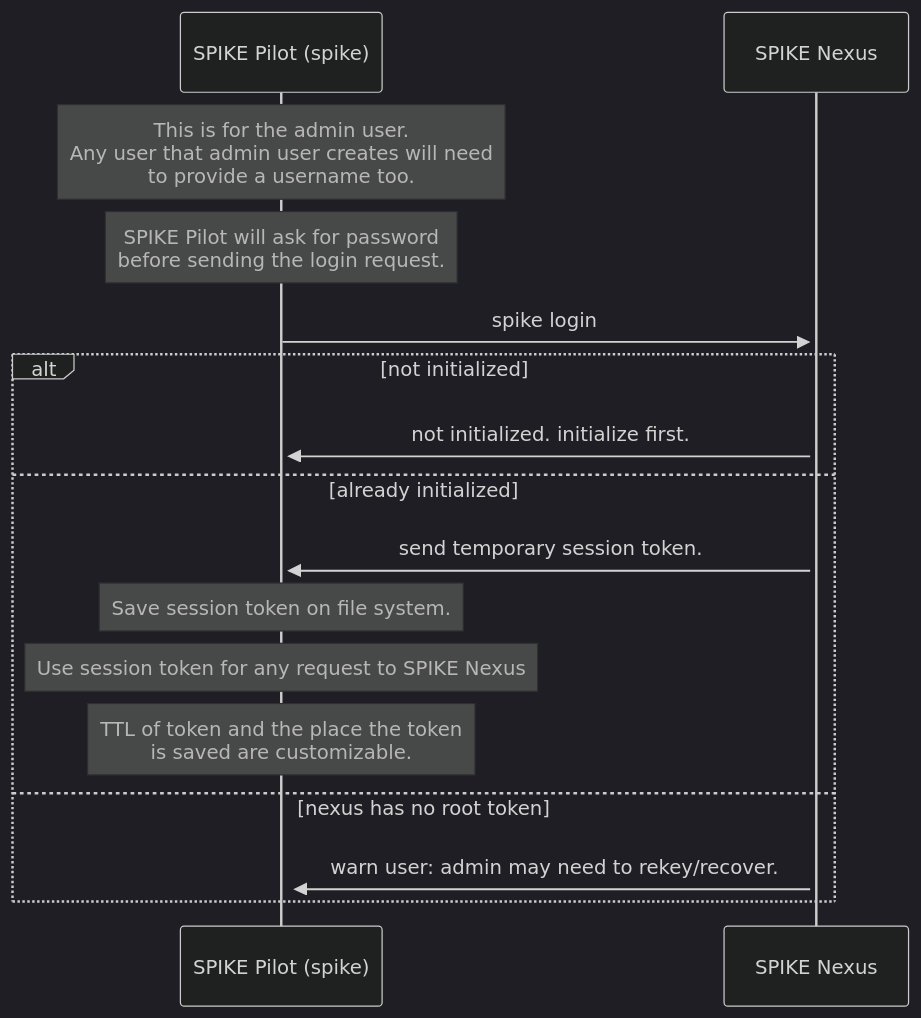
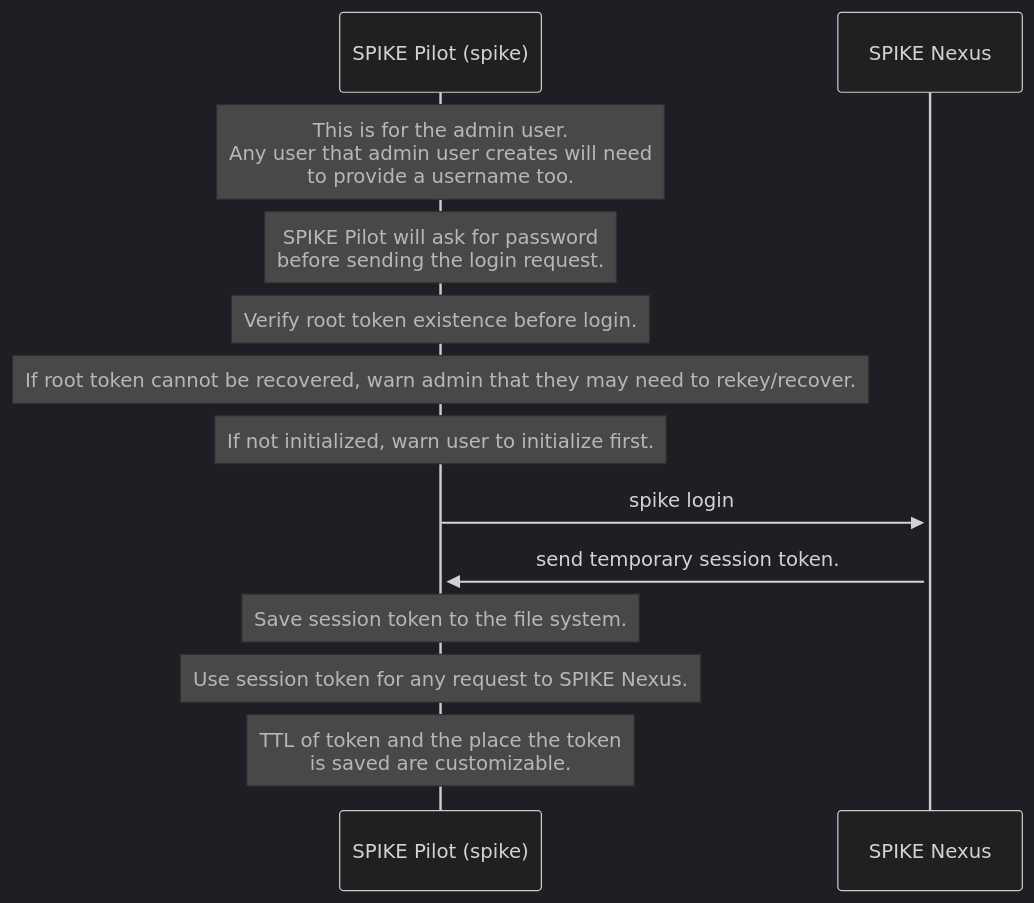
One commit to zerotohero-dev/spike changed the third of 6 diagrams in ARCHITECTURE.md. Above: the diagram before and after it, drawn with Mermaid (dark theme). The commit also changed other lines of this file and 1 other file, not shown here.

Commit message:
Update sequence diagrams Signed-off-by: Volkan Özçelik <me@volkan.io>

````diff
--- a/ARCHITECTURE.md
+++ b/ARCHITECTURE.md
@@ -270,21 +279,18 @@
 ```mermaid
 sequenceDiagram
     participant P as SPIKE Pilot (spike)
     participant N as SPIKE Nexus
-        Note over P: This is for the admin user.<br>Any user that admin user creates will need<br>to provide a username too.
-        Note over P: SPIKE Pilot will ask for password<br>before sending the login request.
-        P->>+N: spike login 
+    
+    Note over P: This is for the admin user.<br>Any user that admin user creates will need<br>to provide a username too.
+    Note over P: SPIKE Pilot will ask for password<br>before sending the login request.
+    Note over P: Verify root token existence before login.
+    Note over P: If root token cannot be recovered, warn admin that they may need to rekey/recover.
+    Note over P: If not initialized, warn user to initialize first.
 
-      alt not initialized
-        N->>+P: not initialized. initialize first.
-      else already initialized
-        N->>+P: send temporary session token.
+    P->>+N: spike login 
+    N->>+P: send temporary session token.
 
-        Note over P: Save session token on file system.
-        Note over P: Use session token for any request to SPIKE Nexus
-        Note over P: TTL of token and the place the token<br>is saved are customizable.
-
-      else nexus has no root token
-        N->>+P: warn user: admin may need to rekey/recover.
-      end
+    Note over P: Save session token to the file system.
+    Note over P: Use session token for any request to SPIKE Nexus.
+    Note over P: TTL of token and the place the token<br>is saved are customizable.
 ```
````
